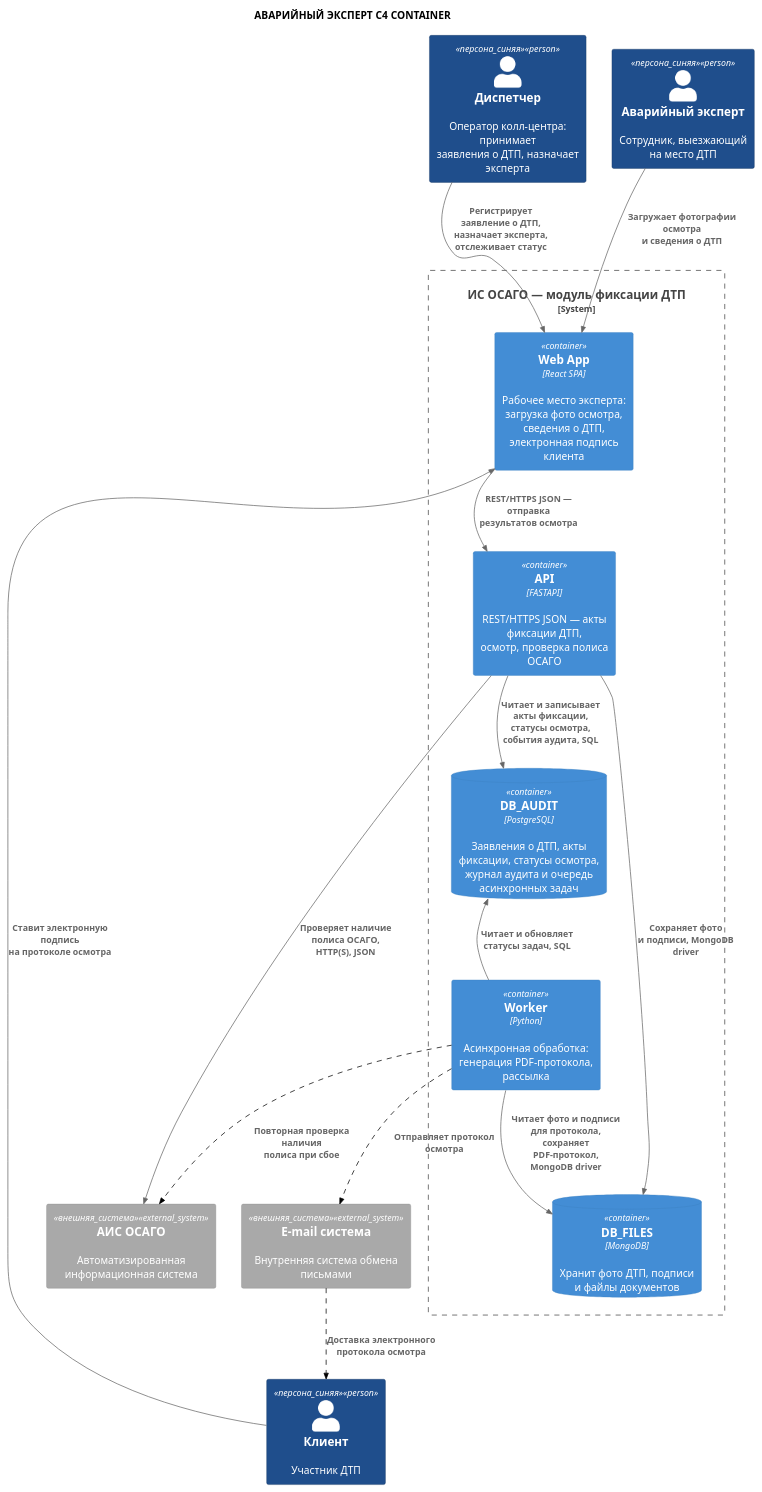
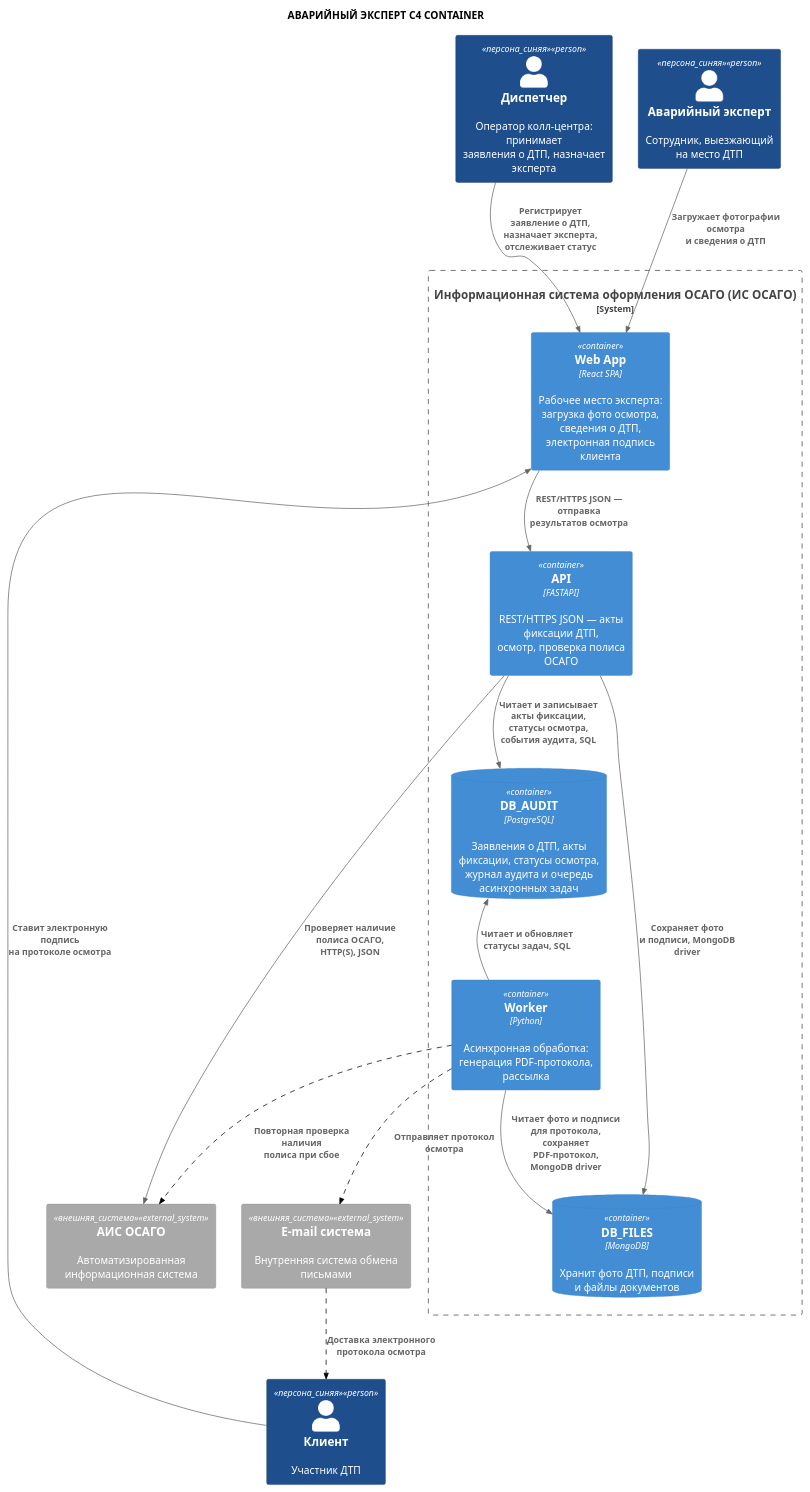
Before and after one commit to ElectricLight-ELO/Insurance-system: the diagram in docs_and_diagrams/Dima/container.puml, drawn with PlantUML.

```diff
--- a/docs_and_diagrams/Dima/container.puml
+++ b/docs_and_diagrams/Dima/container.puml
@@ -1,73 +1,73 @@
 @startuml
 !include https://raw.githubusercontent.com/plantuml-stdlib/C4-PlantUML/master/C4_Container.puml
 
 title АВАРИЙНЫЙ ЭКСПЕРТ C4 CONTAINER
 
 ' === НАСТРОЙКА ЦВЕТОВ ===
 AddSystemTag("внешняя_система", $bgColor="#A9A9A9", $borderColor="#8A8A8A", $fontColor="#FFFFFF")
 AddPersonTag("персона_синяя", $bgColor="#1F4E8C", $borderColor="#143560", $fontColor="#FFFFFF")
 AddRelTag("пунктир", $lineStyle = DashedLine(), $lineColor = "#000000")
 
 ' === ЭЛЕМЕНТЫ ===
 
 Person(dispatcher, "Диспетчер", "Оператор колл-центра: принимает\nзаявления о ДТП, назначает эксперта", $tags="персона_синяя")
 Person(expert, "Аварийный эксперт", "Сотрудник, выезжающий\nна место ДТП", $tags="персона_синяя")
 Person(client, "Клиент", "Участник ДТП", $tags="персона_синяя")
 
 ' Центральный сервис (модуль фиксации ДТП в составе ИС ОСАГО)
-System_Boundary(fixation_system, "ИС ОСАГО — модуль фиксации ДТП") {
+System_Boundary(fixation_system, "Информационная система оформления ОСАГО (ИС ОСАГО)") {
 
     Container(web_app, "Web App", "React SPA", "Рабочее место эксперта: загрузка фото осмотра,\nсведения о ДТП, электронная подпись клиента")
 
     Container(api, "API", "FASTAPI", "REST/HTTPS JSON — акты фиксации ДТП,\nосмотр, проверка полиса ОСАГО")
 
     Container(worker, "Worker", "Python", "Асинхронная обработка:\nгенерация PDF-протокола, рассылка")
 
     ContainerDb(db_audit, "DB_AUDIT", "PostgreSQL", "Заявления о ДТП, акты фиксации, статусы осмотра,\nжурнал аудита и очередь асинхронных задач")
 
     ContainerDb(db_files, "DB_FILES", "MongoDB", "Хранит фото ДТП, подписи\nи файлы документов")
 }
 
 ' Внешние системы (серые)
 System_Ext(ais_osago, "АИС ОСАГО", "Автоматизированная информационная система", $tags="внешняя_система")
 System_Ext(email_sys, "E-mail система", "Внутренняя система обмена письмами", $tags="внешняя_система")
 
 ' === СВЯЗИ ===
 
 Rel(dispatcher, web_app, "Регистрирует заявление о ДТП,\nназначает эксперта, отслеживает статус")
 Rel(expert, web_app, "Загружает фотографии осмотра\nи сведения о ДТП")
 Rel(client, web_app, "Ставит электронную подпись\nна протоколе осмотра")
 
 Rel(web_app, api, "REST/HTTPS JSON — отправка\nрезультатов осмотра")
 
 ' API -> базы данных
 Rel(api, db_audit, "Читает и записывает акты фиксации,\nстатусы осмотра, события аудита, SQL")
 Rel(api, db_files, "Сохраняет фото\nи подписи, MongoDB driver")
 
 ' API -> АИС ОСАГО
 Rel(api, ais_osago, "Проверяет наличие полиса ОСАГО,\nHTTP(S), JSON")
 
 ' Worker -> базы данных
 Rel(worker, db_audit, "Читает и обновляет\nстатусы задач, SQL")
 Rel(worker, db_files, "Читает фото и подписи для протокола,\nсохраняет PDF-протокол, MongoDB driver")
 
 ' Worker -> внешние системы (пунктир)
 Rel(worker, ais_osago, "Повторная проверка наличия\nполиса при сбое", $tags="пунктир")
 Rel(worker, email_sys, "Отправляет протокол\nосмотра", $tags="пунктир")
 Rel(email_sys, client, "Доставка электронного\nпротокола осмотра", $tags="пунктир")
 
 ' === УПРАВЛЕНИЕ LAYOUT (скрытые связи) ===
 
 dispatcher -[hidden]right- expert
 expert -[hidden]right- client
 dispatcher -[hidden]down- web_app
 
 web_app -[hidden]down- api
 api -[hidden]down- db_audit
 db_audit -[hidden]right- db_files
 db_audit -[hidden]down- worker
 
 fixation_system -[hidden]down- ais_osago
 ais_osago -[hidden]right- email_sys
 
 @enduml
```
